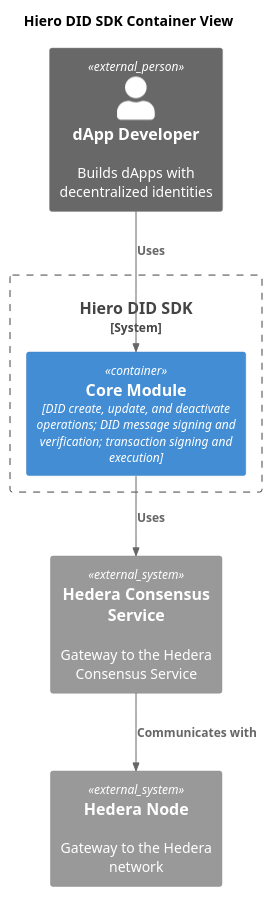
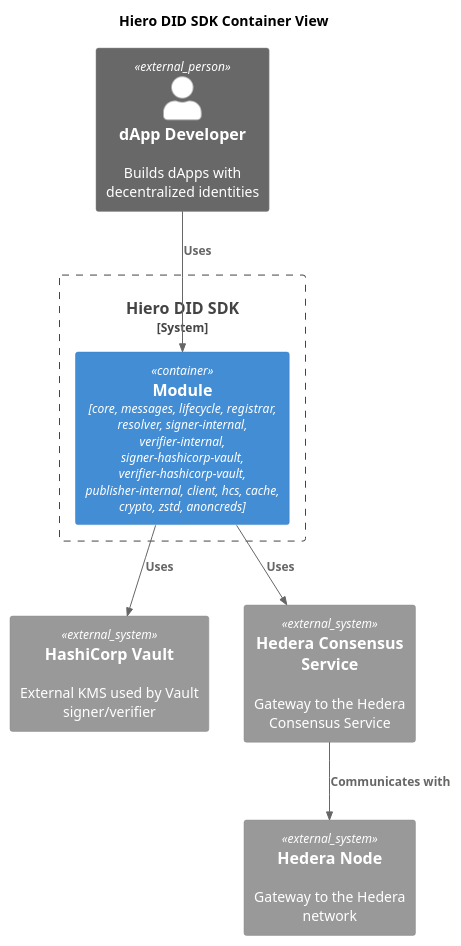
Before and after one commit to hiero-ledger/hiero-did-sdk-js: the diagram in docs/modules/ROOT/pages/02-design/diagrams/container-view-diagram.puml, drawn with PlantUML. The commit also changed 62 other files, not shown here.

Commit message:
Fix formats, diagrams, found issues

```diff
--- a/docs/modules/ROOT/pages/02-design/diagrams/container-view-diagram.puml
+++ b/docs/modules/ROOT/pages/02-design/diagrams/container-view-diagram.puml
@@ -1,20 +1,23 @@
 @startuml
 !include https://raw.githubusercontent.com/plantuml-stdlib/C4-PlantUML/master/C4_Container.puml
 
 title Hiero DID SDK Container View
 
 Person_Ext(developer, "dApp Developer", "Builds dApps with decentralized identities")
 
 System_Boundary(c1, "Hiero DID SDK") {
- Container(core, "Core Module", "DID create, update, and deactivate operations; DID message signing and verification; transaction signing and execution")
+ Container(core, "Module", "core, messages, lifecycle, registrar, resolver, signer-internal, verifier-internal, signer-hashicorp-vault, verifier-hashicorp-vault, publisher-internal, client, hcs, cache, crypto, zstd, anoncreds")
 }
+
+System_Ext(hashicorp, "HashiCorp Vault", "External KMS used by Vault signer/verifier")
 
 System_Ext(topic, "Hedera Consensus Service", "Gateway to the Hedera Consensus Service")
 
 System_Ext(hedera, "Hedera Node", "Gateway to the Hedera network")
 
 Rel(developer, core, "Uses")
 Rel(core, topic, "Uses")
+Rel(core, hashicorp, "Uses")
 Rel(topic, hedera, "Communicates with")
 
 @enduml
```
